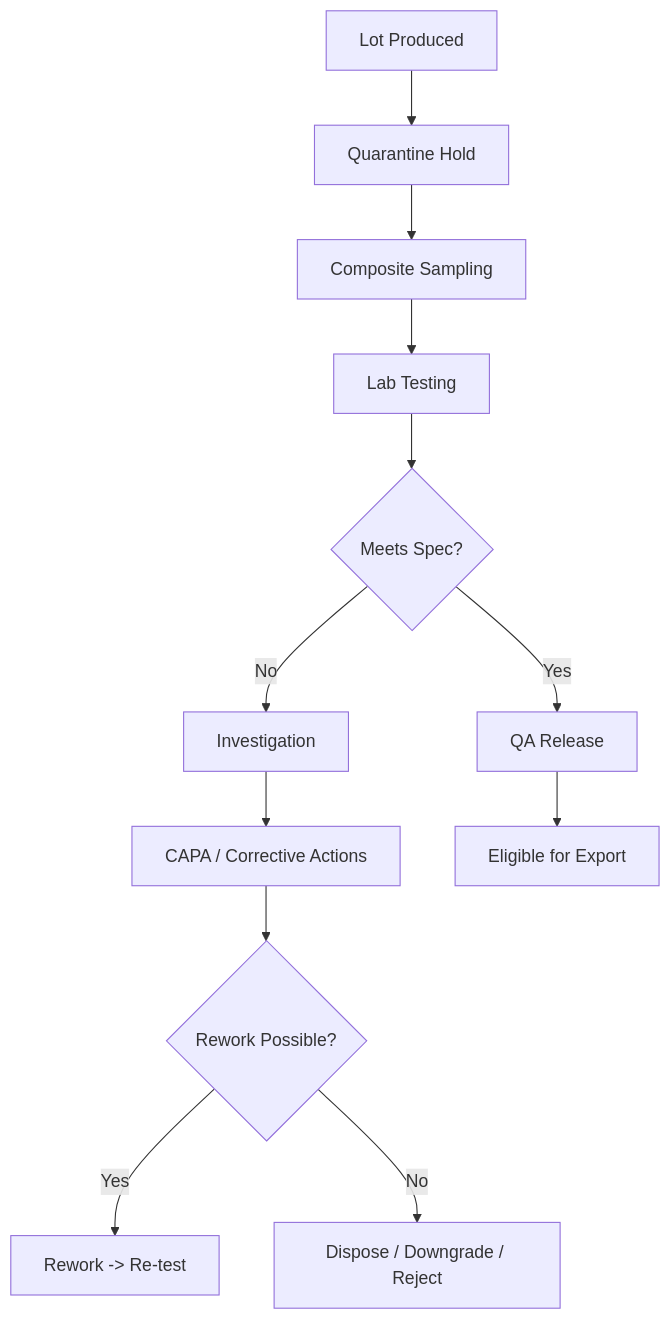
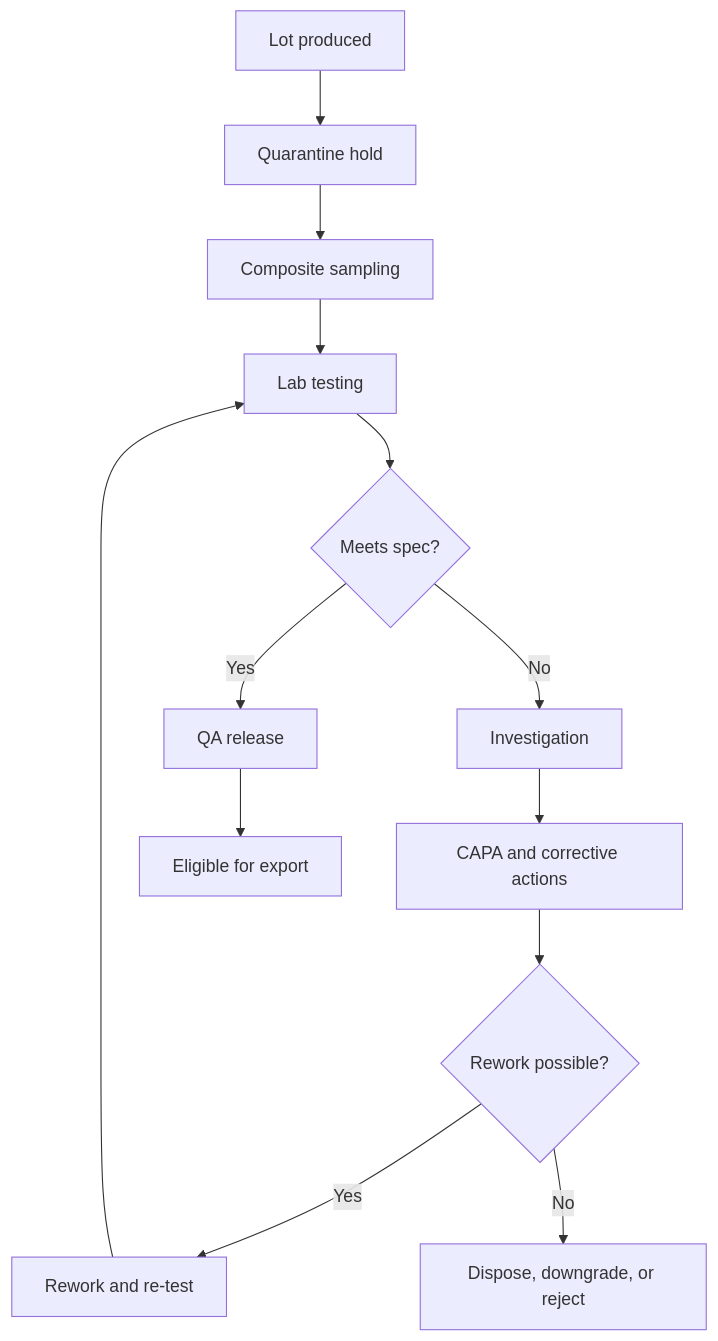
The fifth of 15 diagrams in README.md (FullyDevOps/flow), drawn with Mermaid before and after one commit. The commit also changed other lines of this file, not shown here.

First line of the commit message:
Refine Mermaid diagrams and descriptions in README

````diff
--- a/README.md
+++ b/README.md
@@ -104,14 +122,20 @@
 ```mermaid
 flowchart TD
-  L0[Lot Produced] --> H1[Quarantine Hold]
-  H1 --> S1[Composite Sampling]
-  S1 --> T1[Lab Testing]
-  T1 --> R1{Meets Spec?}
-  R1 -- Yes --> REL[QA Release]
-  R1 -- No --> INV[Investigation]
-  INV --> CAPA[CAPA / Corrective Actions]
-  CAPA --> D1{Rework Possible?}
-  D1 -- Yes --> RW[Rework -> Re-test]
-  D1 -- No --> DIS[Dispose / Downgrade / Reject]
-  REL --> SHIP[Eligible for Export]
+  L0["Lot produced"] --> H1["Quarantine hold"]
+  H1 --> S1["Composite sampling"]
+  S1 --> T1["Lab testing"]
+  T1 --> R1{"Meets spec?"}
+
+  R1 -->|Yes| REL["QA release"]
+  R1 -->|No| INV["Investigation"]
+
+  INV --> CAPA["CAPA and corrective actions"]
+  CAPA --> D1{"Rework possible?"}
+
+  D1 -->|Yes| RW["Rework and re-test"]
+  RW --> T1
+
+  D1 -->|No| DIS["Dispose, downgrade, or reject"]
+
+  REL --> SHIP["Eligible for export"]
 ```
````
